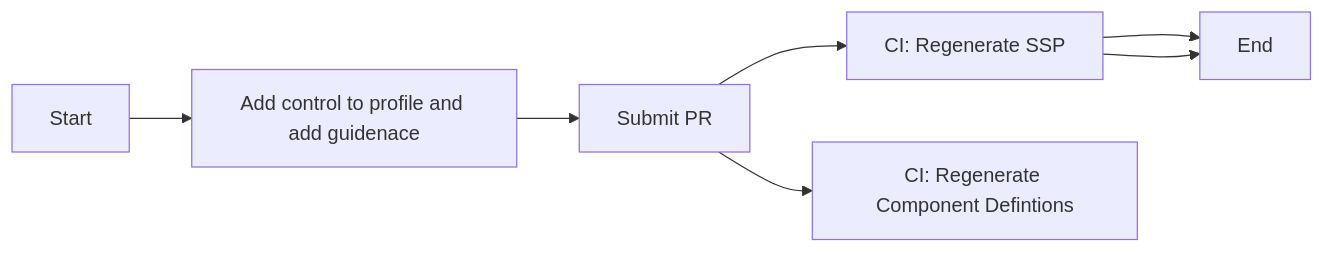
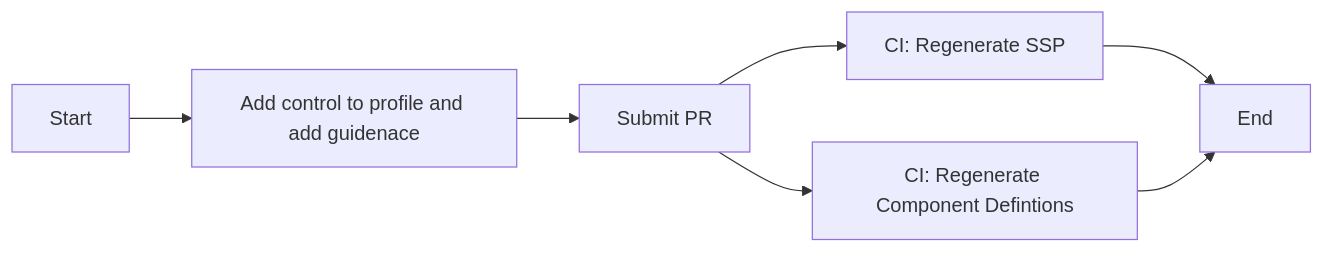
The third of 5 diagrams in docs/getting_started.md (RedHatProductSecurity/trestle-demo), drawn with Mermaid before and after one commit.

Commit message:
docs: fixes control owner diagram

````diff
--- a/docs/getting_started.md
+++ b/docs/getting_started.md
@@ -242,9 +242,9 @@
 ```mermaid
 graph LR;
   A[Start] --> B[Add control to profile and add guidenace]
   B --> C[Submit PR]
   C --> D[CI: Regenerate SSP]
   C --> E[CI: Regenerate Component Defintions]
   D --> F[End]
-  D --> F
+  E --> F
 ```
````
